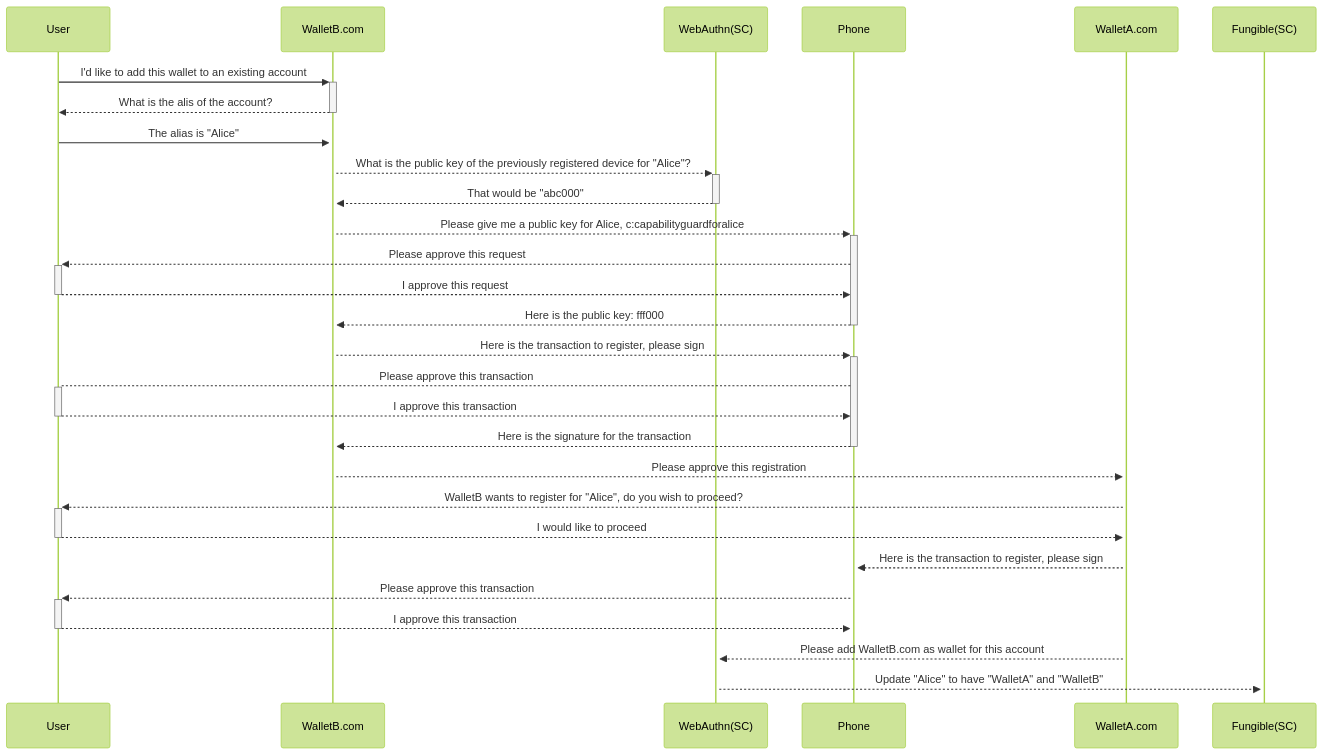
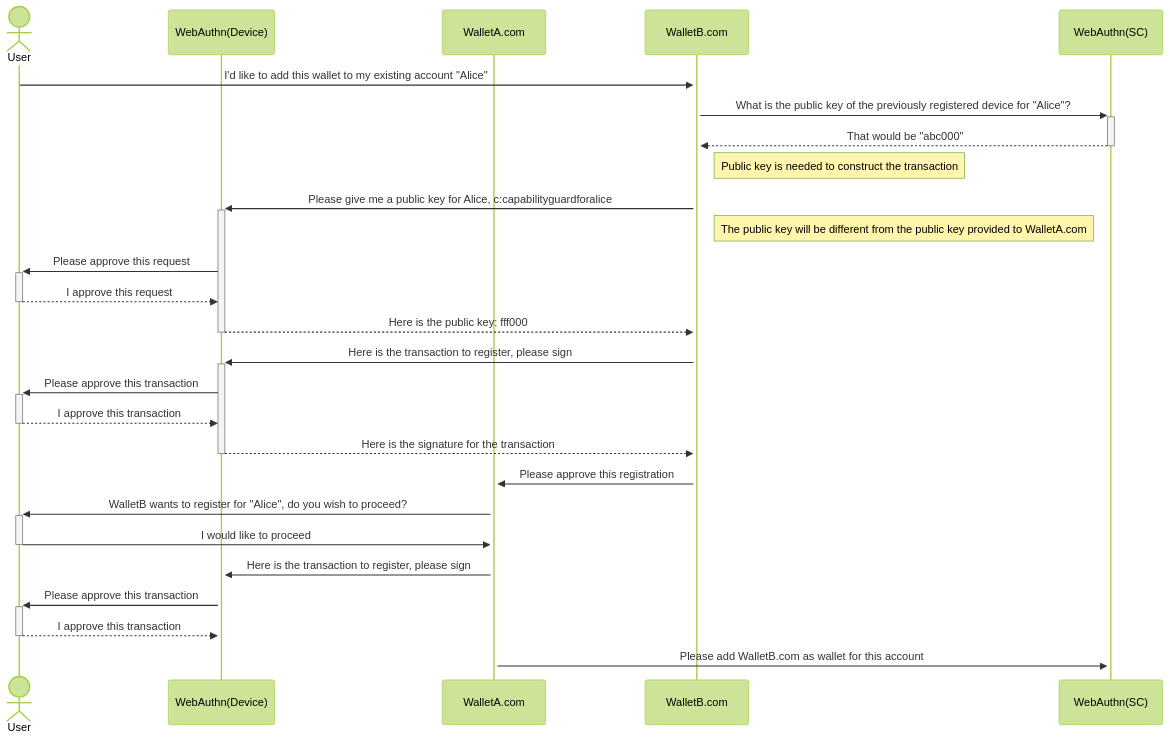
Before and after one commit to kadena-community/spirekey: the second of 3 diagrams in README.md, drawn with Mermaid (forest theme). The commit also changed other lines of this file, not shown here.

Commit message:
Update second wallet flow

````diff
--- a/README.md
+++ b/README.md
@@ -154,24 +154,29 @@
 ```mermaid
 sequenceDiagram
-  User->>+WalletB.com: I'd like to add this wallet to an existing account
-  WalletB.com-->>-User: What is the alis of the account?
-  User->>+WalletB.com: The alias is "Alice"
-  WalletB.com-->>+WebAuthn(SC): What is the public key of the previously registered device for "Alice"?
+  actor User
+  participant WebAuthn(Device)
+  participant WalletA.com
+  participant WalletB.com
+  participant WebAuthn(SC)
+
+  User->>+WalletB.com: I'd like to add this wallet to my existing account "Alice"
+  WalletB.com->>+WebAuthn(SC): What is the public key of the previously registered device for "Alice"?
   WebAuthn(SC)-->>-WalletB.com: That would be "abc000"
-  WalletB.com-->>+Phone: Please give me a public key for Alice, c:capabilityguardforalice
-  Phone-->>+User: Please approve this request
-  User-->>-Phone: I approve this request
-  Phone-->>-WalletB.com: Here is the public key: fff000
-  WalletB.com-->>+Phone: Here is the transaction to register, please sign
-  Phone-->+User: Please approve this transaction
-  User-->>-Phone: I approve this transaction
-  Phone-->>-WalletB.com: Here is the signature for the transaction
-  WalletB.com-->>+WalletA.com: Please approve this registration
-  WalletA.com-->>+User: WalletB wants to register for "Alice", do you wish to proceed?
-  User-->>-WalletA.com: I would like to proceed
-  WalletA.com-->>+Phone: Here is the transaction to register, please sign
-  Phone-->>+User: Please approve this transaction
-  User-->>-Phone: I approve this transaction
-  WalletA.com-->>+WebAuthn(SC): Please add WalletB.com as wallet for this account
-  WebAuthn(SC)-->>+Fungible(SC): Update "Alice" to have "WalletA" and "WalletB"
+  Note right of WalletB.com: Public key is needed to construct the transaction
+  WalletB.com->>+WebAuthn(Device): Please give me a public key for Alice, c:capabilityguardforalice
+  Note right of WalletB.com: The public key will be different from the public key provided to WalletA.com
+  WebAuthn(Device)->>+User: Please approve this request
+  User-->>-WebAuthn(Device): I approve this request
+  WebAuthn(Device)-->>-WalletB.com: Here is the public key: fff000
+  WalletB.com->>+WebAuthn(Device): Here is the transaction to register, please sign
+  WebAuthn(Device)->>+User: Please approve this transaction
+  User-->>-WebAuthn(Device): I approve this transaction
+  WebAuthn(Device)-->>-WalletB.com: Here is the signature for the transaction
+  WalletB.com->>+WalletA.com: Please approve this registration
+  WalletA.com->>+User: WalletB wants to register for "Alice", do you wish to proceed?
+  User->>-WalletA.com: I would like to proceed
+  WalletA.com->>+WebAuthn(Device): Here is the transaction to register, please sign
+  WebAuthn(Device)->>+User: Please approve this transaction
+  User-->>-WebAuthn(Device): I approve this transaction
+  WalletA.com->>+WebAuthn(SC): Please add WalletB.com as wallet for this account
 ```
````
